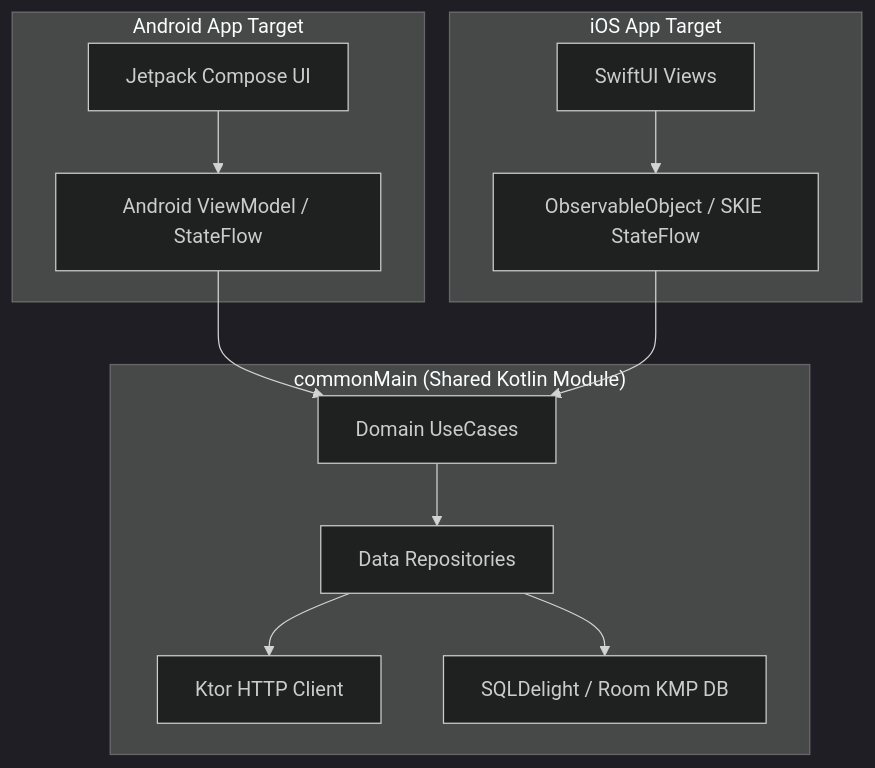
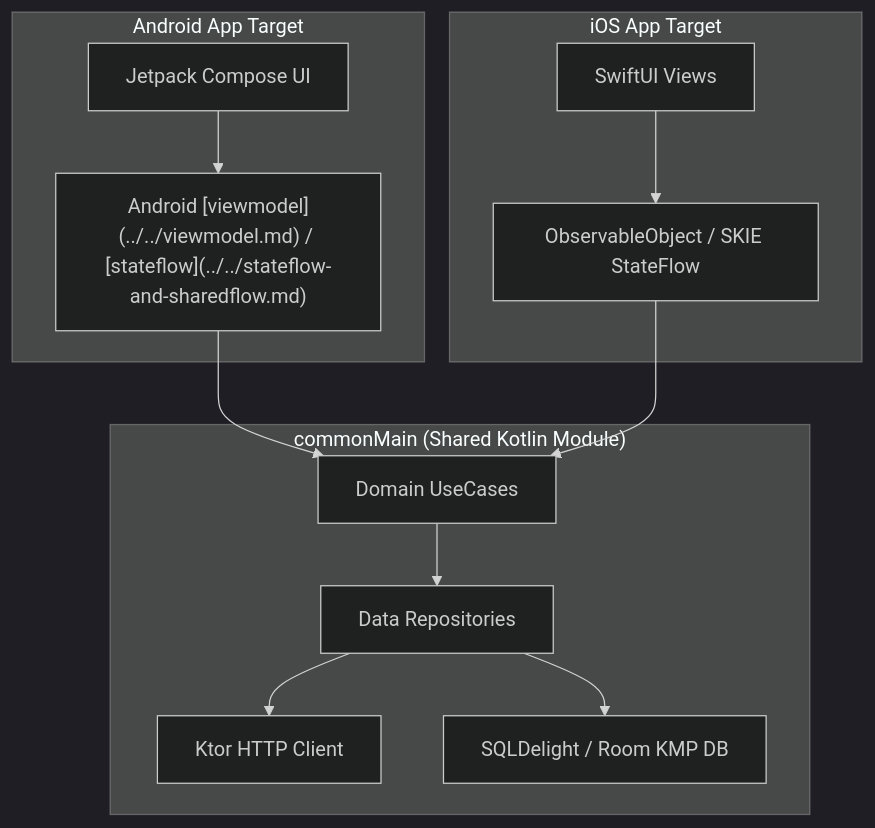
One commit to youngmin-gwon/what-i-studied changed the diagram in 01_inbox/mobile/android/02_app_framework/architecture/multiplatform-contracts/kmp-shares-business-logic-and-data-layer-while-ui-stays-native-by-default.md. Above: the diagram before and after it, drawn with Mermaid (dark theme). The commit also changed 185 other files, not shown here.

````diff
--- a/01_inbox/mobile/android/02_app_framework/architecture/multiplatform-contracts/kmp-shares-business-logic-and-data-layer-while-ui-stays-native-by-default.md
+++ b/01_inbox/mobile/android/02_app_framework/architecture/multiplatform-contracts/kmp-shares-business-logic-and-data-layer-while-ui-stays-native-by-default.md
@@ -35,27 +35,27 @@
 ```mermaid
 graph TD
     subgraph Shared Core ["commonMain (Shared Kotlin Module)"]
         UseCase["Domain UseCases"]
         Repo["Data Repositories"]
         Ktor["Ktor HTTP Client"]
         SQL["SQLDelight / Room KMP DB"]
     end
 
     subgraph Android App ["Android App Target"]
         ComposeUI["Jetpack Compose UI"]
-        AndroidVM["Android ViewModel / StateFlow"]
+        AndroidVM["Android [viewmodel](../../viewmodel.md) / [stateflow](../../stateflow-and-sharedflow.md)"]
     end
 
     subgraph iOS App ["iOS App Target"]
         SwiftUI["SwiftUI Views"]
         iOSObservable["ObservableObject / SKIE StateFlow"]
     end
 
     ComposeUI --> AndroidVM
     AndroidVM --> UseCase
     SwiftUI --> iOSObservable
     iOSObservable --> UseCase
     UseCase --> Repo
     Repo --> Ktor
     Repo --> SQL
 ```
````
